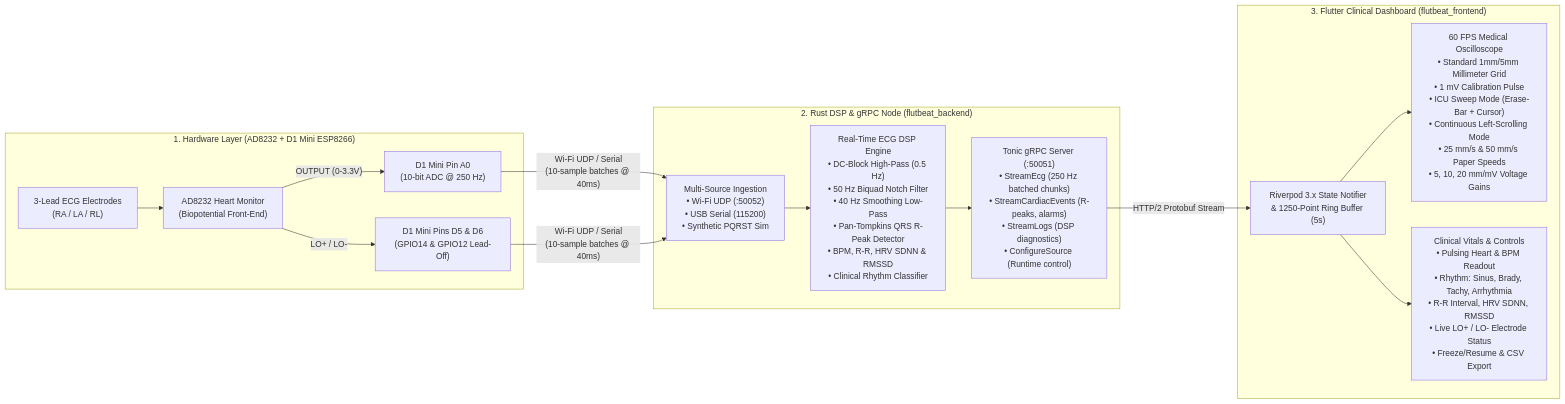
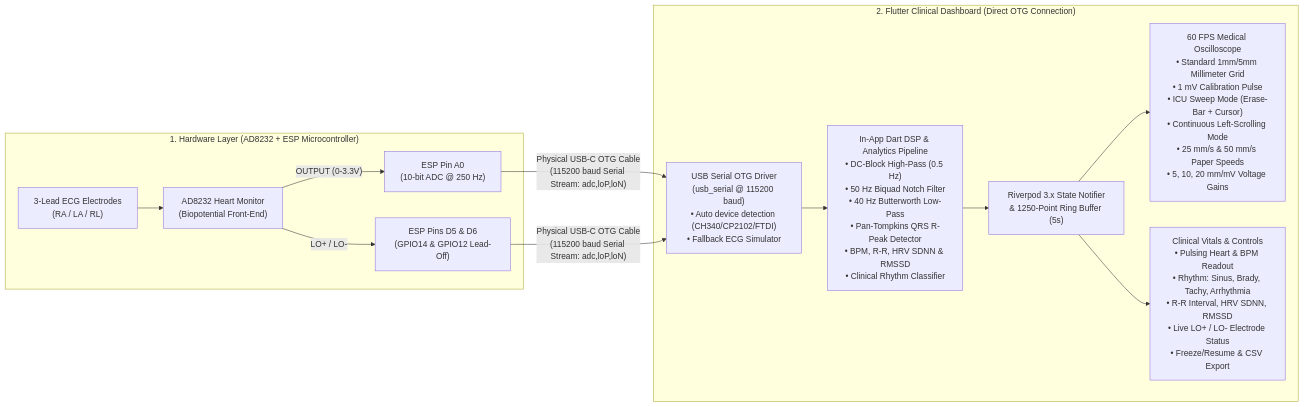
Before and after one commit to jger/flutbeat: the diagram in README.md, drawn with Mermaid. The commit also changed other lines of this file and 134 other files, not shown here.

Commit message:
refactor: replace rust backend with direct usb serial communication in flutter frontend

````diff
--- a/README.md
+++ b/README.md
@@ -32,26 +32,22 @@
 ```mermaid
 flowchart LR
-    subgraph HW["1. Hardware Layer (AD8232 + D1 Mini ESP8266)"]
+    subgraph HW["1. Hardware Layer (AD8232 + ESP Microcontroller)"]
         PADS["3-Lead ECG Electrodes\n(RA / LA / RL)"] --> AD8232["AD8232 Heart Monitor\n(Biopotential Front-End)"]
-        AD8232 -- "OUTPUT (0-3.3V)" --> A0["D1 Mini Pin A0\n(10-bit ADC @ 250 Hz)"]
-        AD8232 -- "LO+ / LO-" --> D5D6["D1 Mini Pins D5 & D6\n(GPIO14 & GPIO12 Lead-Off)"]
+        AD8232 -- "OUTPUT (0-3.3V)" --> A0["ESP Pin A0\n(10-bit ADC @ 250 Hz)"]
+        AD8232 -- "LO+ / LO-" --> D5D6["ESP Pins D5 & D6\n(GPIO14 & GPIO12 Lead-Off)"]
     end
 
-    subgraph BE["2. Rust DSP & gRPC Node (flutbeat_backend)"]
-        INGEST["Multi-Source Ingestion\n• Wi-Fi UDP (:50052)\n• USB Serial (115200)\n• Synthetic PQRST Sim"]
-        DSP["Real-Time ECG DSP Engine\n• DC-Block High-Pass (0.5 Hz)\n• 50 Hz Biquad Notch Filter\n• 40 Hz Smoothing Low-Pass\n• Pan-Tompkins QRS R-Peak Detector\n• BPM, R-R, HRV SDNN & RMSSD\n• Clinical Rhythm Classifier"]
-        GRPC["Tonic gRPC Server (:50051)\n• StreamEcg (250 Hz batched chunks)\n• StreamCardiacEvents (R-peaks, alarms)\n• StreamLogs (DSP diagnostics)\n• ConfigureSource (Runtime control)"]
-        INGEST --> DSP --> GRPC
-    end
-
-    subgraph FE["3. Flutter Clinical Dashboard (flutbeat_frontend)"]
+    subgraph FE["2. Flutter Clinical Dashboard (Direct OTG Connection)"]
+        USB["USB Serial OTG Driver\n(usb_serial @ 115200 baud)\n• Auto device detection (CH340/CP2102/FTDI)\n• Fallback ECG Simulator"]
+        DSP["In-App Dart DSP & Analytics Pipeline\n• DC-Block High-Pass (0.5 Hz)\n• 50 Hz Biquad Notch Filter\n• 40 Hz Butterworth Low-Pass\n• Pan-Tompkins QRS R-Peak Detector\n• BPM, R-R, HRV SDNN & RMSSD\n• Clinical Rhythm Classifier"]
         RIVERPOD["Riverpod 3.x State Notifier\n& 1250-Point Ring Buffer (5s)"]
         CANVAS["60 FPS Medical Oscilloscope\n• Standard 1mm/5mm Millimeter Grid\n• 1 mV Calibration Pulse\n• ICU Sweep Mode (Erase-Bar + Cursor)\n• Continuous Left-Scrolling Mode\n• 25 mm/s & 50 mm/s Paper Speeds\n• 5, 10, 20 mm/mV Voltage Gains"]
         VITALS["Clinical Vitals & Controls\n• Pulsing Heart & BPM Readout\n• Rhythm: Sinus, Brady, Tachy, Arrhythmia\n• R-R Interval, HRV SDNN, RMSSD\n• Live LO+ / LO- Electrode Status\n• Freeze/Resume & CSV Export"]
+
+        USB --> DSP --> RIVERPOD
         RIVERPOD --> CANVAS
         RIVERPOD --> VITALS
     end
 
-    A0 & D5D6 -- "Wi-Fi UDP / Serial\n(10-sample batches @ 40ms)" --> INGEST
-    GRPC -- "HTTP/2 Protobuf Stream" --> RIVERPOD
+    A0 & D5D6 -- "Physical USB-C OTG Cable\n(115200 baud Serial Stream: adc,loP,loN)" --> USB
 ```
````
